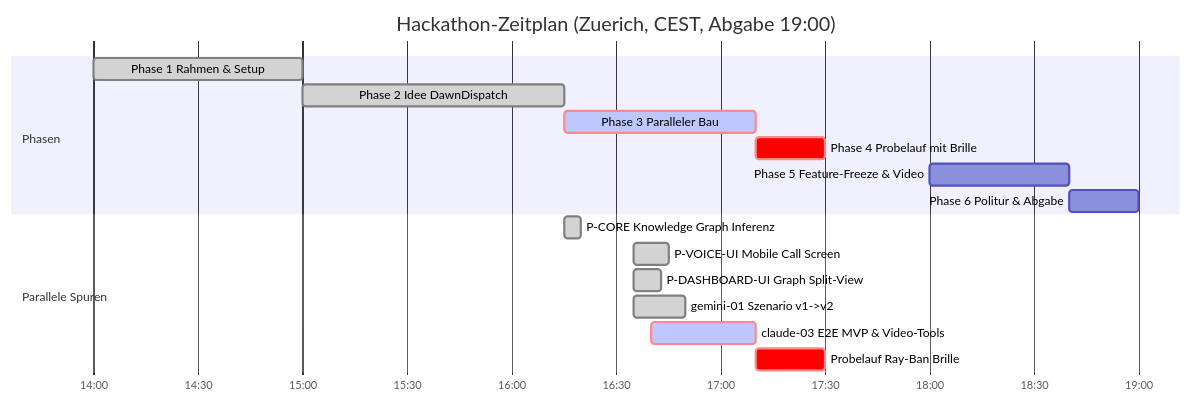
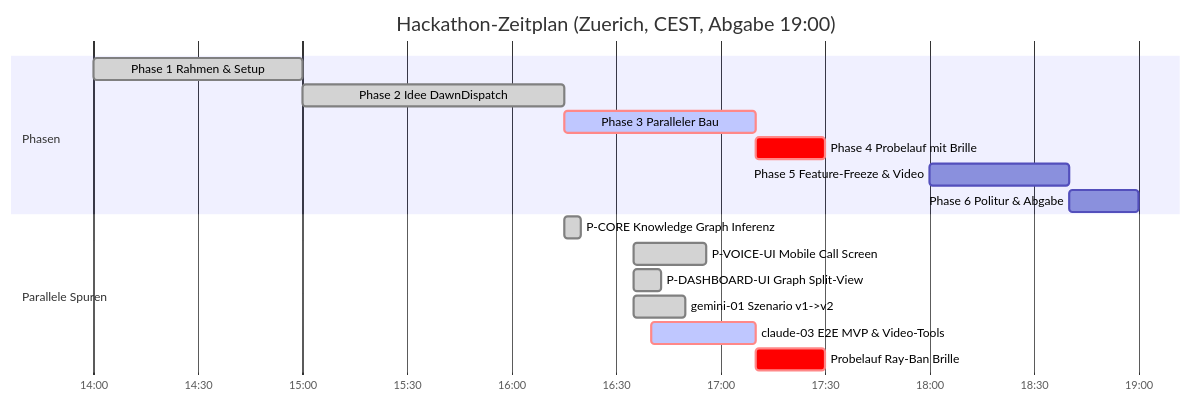
One commit to Philipp2agent/agentic-hack-google changed the diagram in STAND.md. Above: the diagram before and after it, drawn with Mermaid. The commit also changed other lines of this file, not shown here.

Commit message:
docs(stand): P-VOICE-UI autarker Demo-Flow von hack-bau2 gemerged

````diff
--- a/STAND.md
+++ b/STAND.md
@@ -24,20 +24,20 @@
 ```mermaid
 gantt
   title Hackathon-Zeitplan (Zuerich, CEST, Abgabe 19:00)
   dateFormat HH:mm
   axisFormat %H:%M
   section Phasen
   Phase 1 Rahmen & Setup         :done, p1, 14:00, 15:00
   Phase 2 Idee DawnDispatch      :done, p2, 15:00, 16:15
   Phase 3 Paralleler Bau         :crit, active, p3, 16:15, 17:10
   Phase 4 Probelauf mit Brille   :crit, p4, 17:10, 17:30
   Phase 5 Feature-Freeze & Video :p5, 18:00, 18:40
   Phase 6 Politur & Abgabe       :p6, 18:40, 19:00
   section Parallele Spuren
   P-CORE Knowledge Graph Inferenz   :done, p_core, 16:15, 16:20
-  P-VOICE-UI Mobile Call Screen     :done, p_vui, 16:35, 16:45
+  P-VOICE-UI Mobile Call Screen     :done, p_vui, 16:35, 16:56
   P-DASHBOARD-UI Graph Split-View   :done, p_dui, 16:35, 16:43
   gemini-01 Szenario v1->v2         :done, p_gem1, 16:35, 16:50
   claude-03 E2E MVP & Video-Tools   :crit, active, p_cl3, 16:40, 17:10
   Probelauf Ray-Ban Brille          :crit, p_probe, 17:10, 17:30
 ```
````
